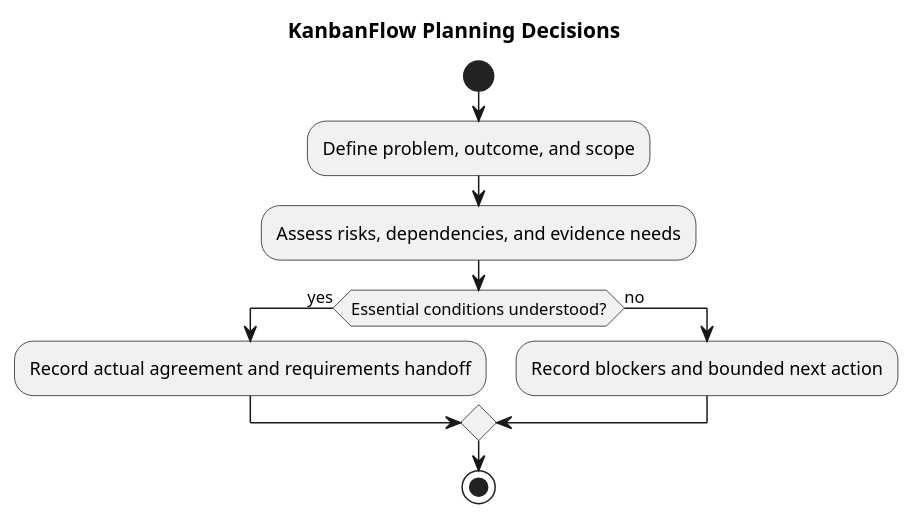
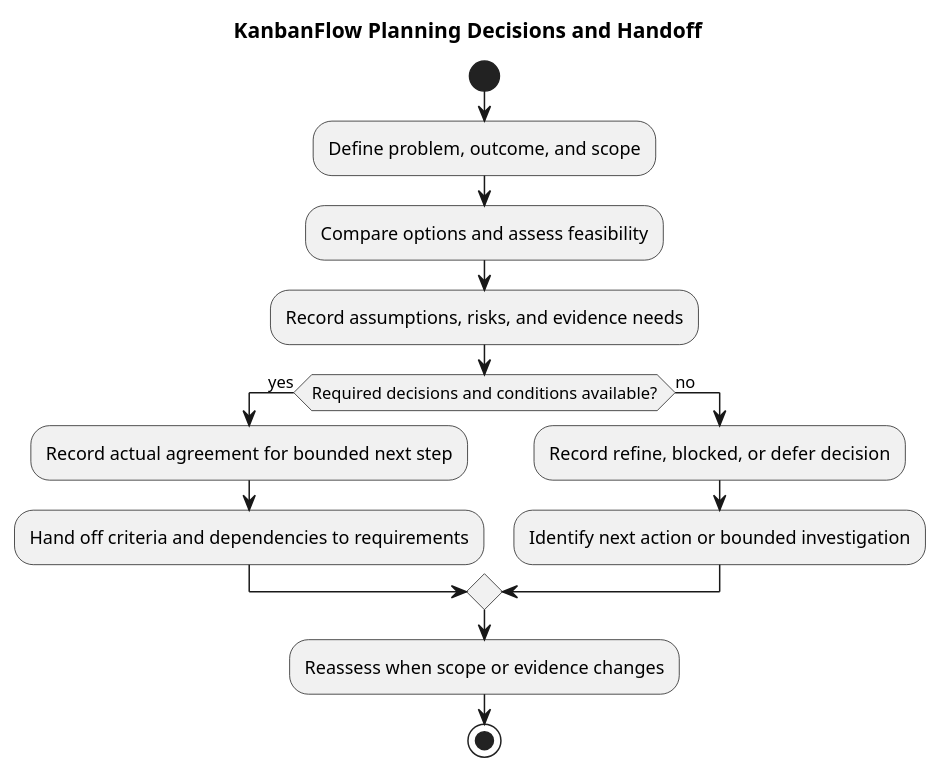
The diagram in docs/SDLC/01-planning/planning.md (Farhad-Valizadegan/Web-KanbanFlow), drawn with PlantUML before and after one commit. The commit also changed other lines of this file and 2 other files, not shown here.

Commit message:
docs: complete planning decisions risks and requirements handoff

````diff
--- a/docs/SDLC/01-planning/planning.md
+++ b/docs/SDLC/01-planning/planning.md
@@ -79,14 +148,18 @@
 ```plantuml
 @startuml
-title KanbanFlow Planning Decisions
+title KanbanFlow Planning Decisions and Handoff
 start
 :Define problem, outcome, and scope;
-:Assess risks, dependencies, and evidence needs;
-if (Essential conditions understood?) then (yes)
- :Record actual agreement and requirements handoff;
+:Compare options and assess feasibility;
+:Record assumptions, risks, and evidence needs;
+if (Required decisions and conditions available?) then (yes)
+ :Record actual agreement for bounded next step;
+ :Hand off criteria and dependencies to requirements;
 else (no)
- :Record blockers and bounded next action;
+ :Record refine, blocked, or defer decision;
+ :Identify next action or bounded investigation;
 endif
+:Reassess when scope or evidence changes;
 stop
 @enduml
 ```
````
